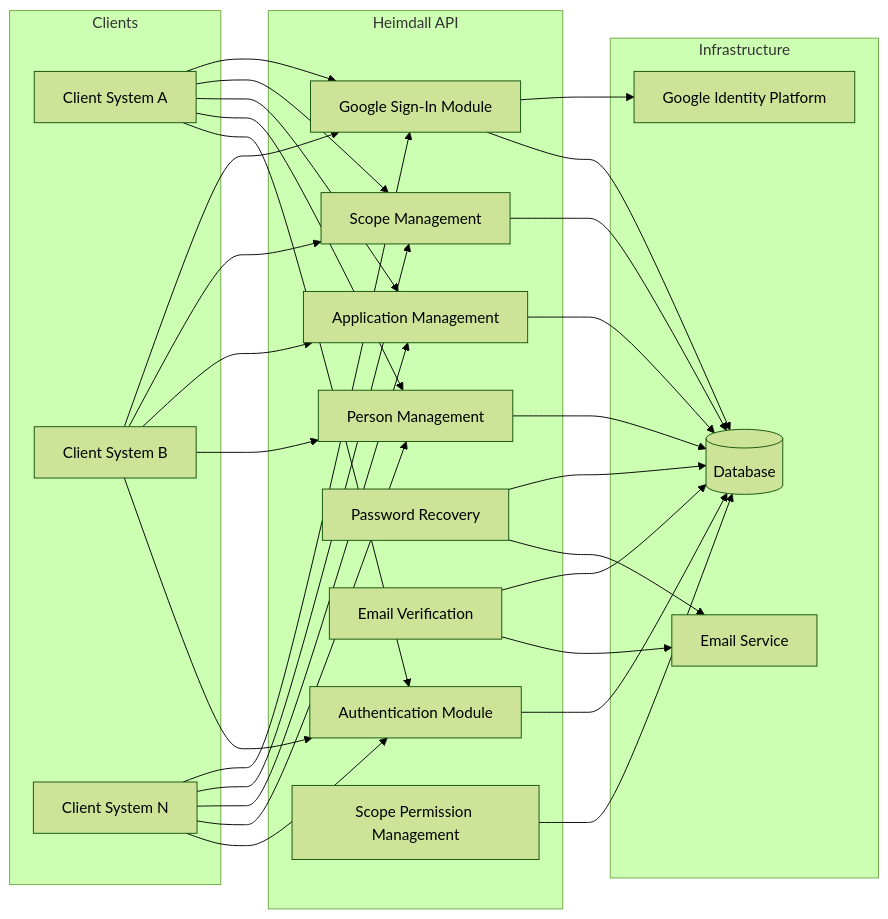
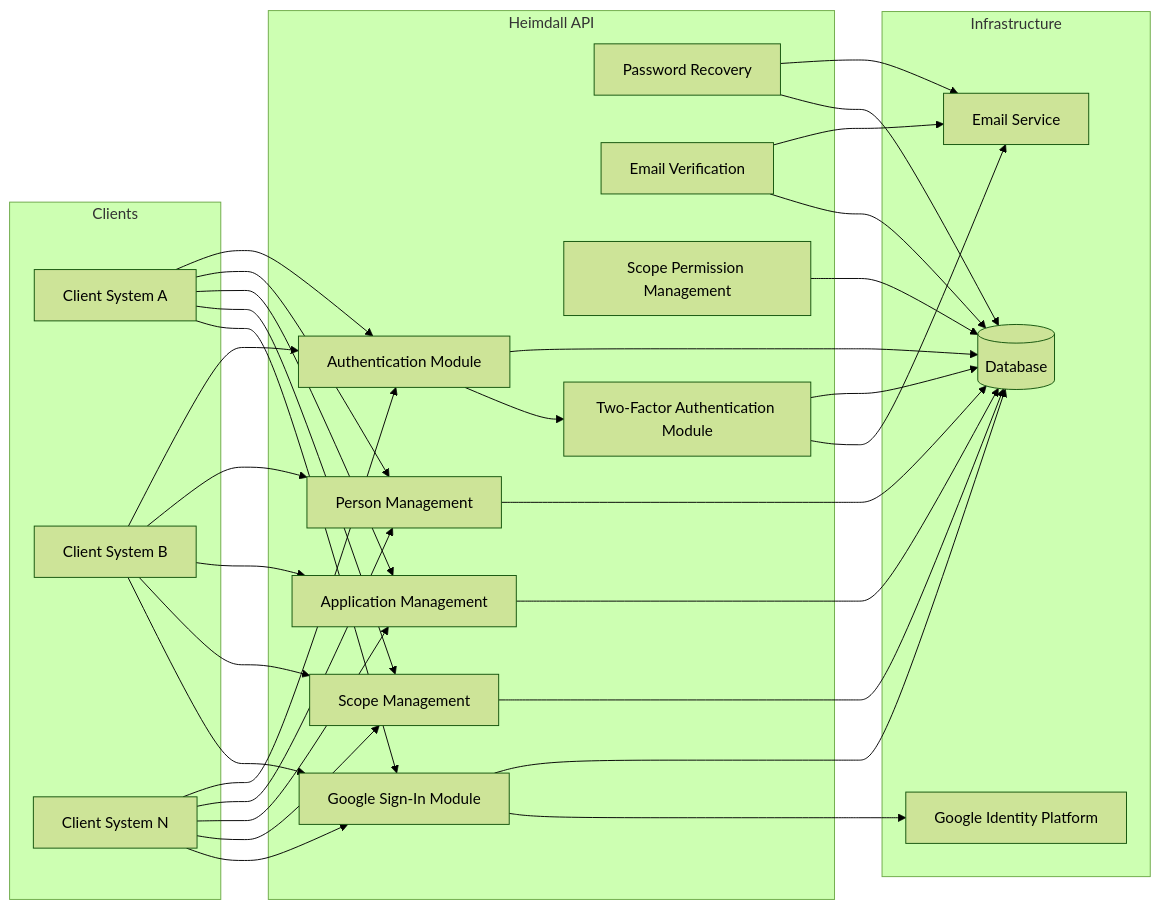
The first of 4 diagrams in docs/requirements/System Requirements Document.md (artur-rios/heimdall-api), drawn with Mermaid (forest theme) before and after one commit. The commit also changed other lines of this file and 2 other files, not shown here.

First line of the commit message:
docs: document two-factor authentication use cases (UC-36..UC-40)

````diff
--- a/docs/requirements/System Requirements Document.md
+++ b/docs/requirements/System Requirements Document.md
@@ -38,42 +42,46 @@
 ```mermaid
 graph LR
     subgraph Clients
         C1[Client System A]
         C2[Client System B]
         C3[Client System N]
     end
 
     subgraph Heimdall API
         AUTH[Authentication Module]
         PM[Person Management]
         AM[Application Management]
         SM[Scope Management]
         PR[Password Recovery]
         EV[Email Verification]
         GS[Google Sign-In Module]
         SPM[Scope Permission Management]
+        TFA[Two-Factor Authentication Module]
     end
 
     subgraph Infrastructure
         DB[(Database)]
         EMAIL[Email Service]
         GOOGLE[Google Identity Platform]
     end
 
     C1 & C2 & C3 --> AUTH
     C1 & C2 & C3 --> PM
     C1 & C2 & C3 --> AM
     C1 & C2 & C3 --> SM
     C1 & C2 & C3 --> GS
     AUTH --> DB
     PM --> DB
     AM --> DB
     SM --> DB
     PR --> EMAIL
     EV --> EMAIL
     PR --> DB
     EV --> DB
     GS --> DB
     GS --> GOOGLE
     SPM --> DB
+    TFA --> DB
+    TFA --> EMAIL
+    AUTH --> TFA
 ```
````
